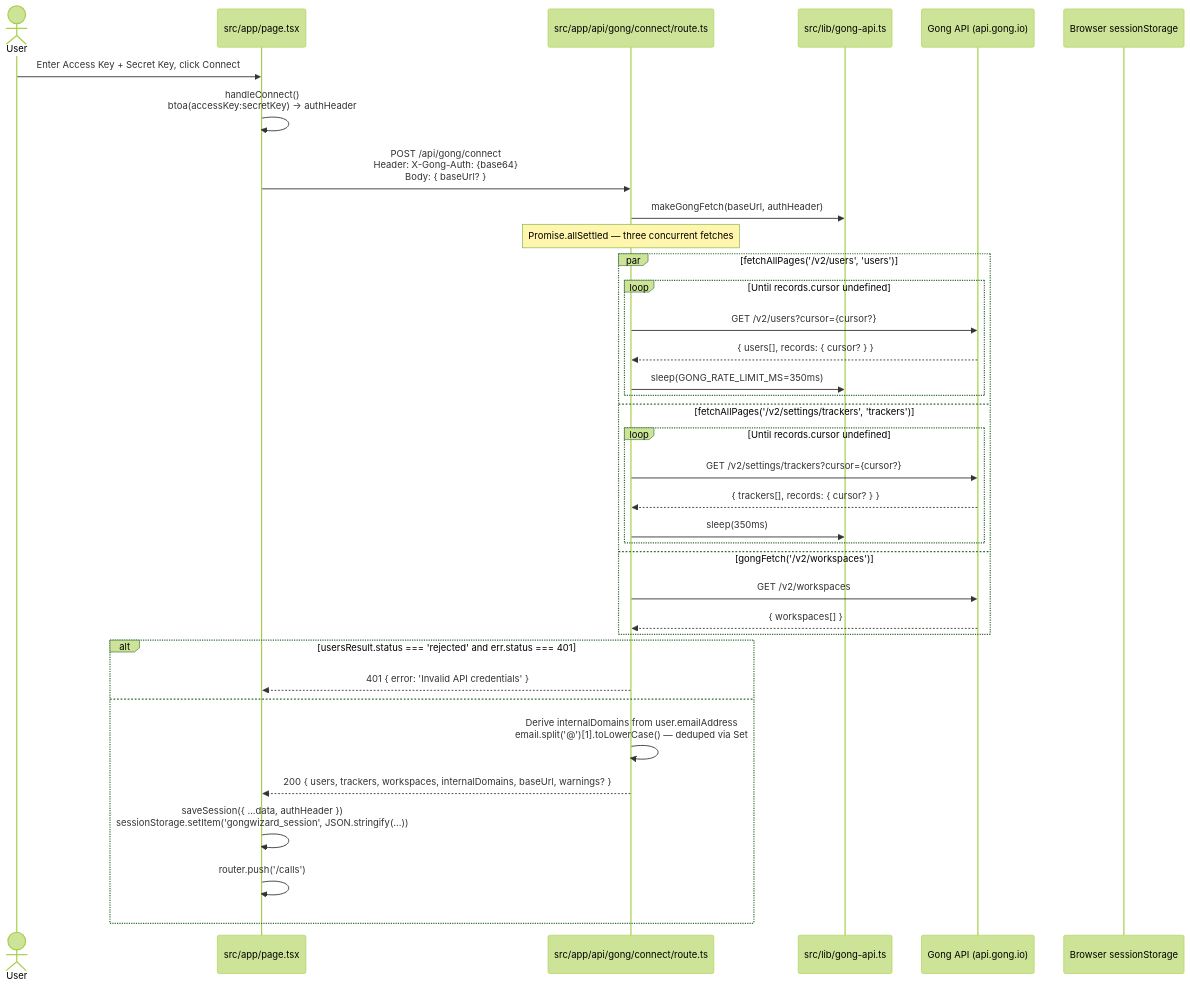
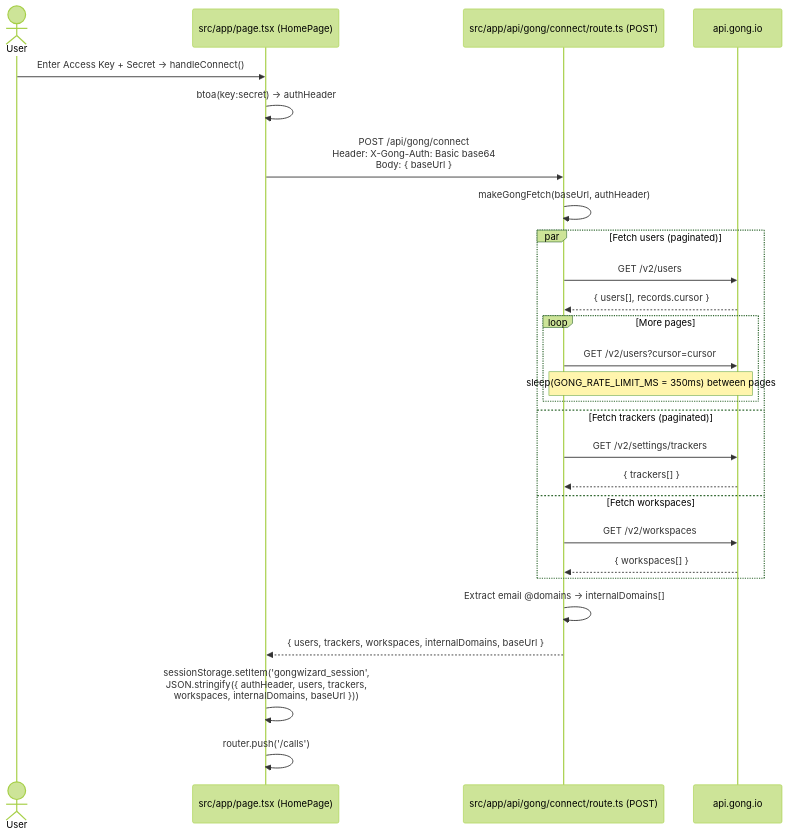
Before and after one commit to forrestmill-cmd/gongwizard: the second of 5 diagrams in docs/generated/data-flows.md, drawn with Mermaid (forest theme). The commit also changed other lines of this file and 5 other files, not shown here.

````diff
--- a/docs/generated/data-flows.md
+++ b/docs/generated/data-flows.md
@@ -65,42 +54,34 @@
 ```mermaid
 sequenceDiagram
     actor User
-    participant ConnectPage as src/app/page.tsx
-    participant ConnectRoute as src/app/api/gong/connect/route.ts
-    participant GongLib as src/lib/gong-api.ts
-    participant GongAPI as Gong API (api.gong.io)
-    participant SessionStorage as Browser sessionStorage
+    participant ConnectPage as src/app/page.tsx (HomePage)
+    participant ConnectRoute as src/app/api/gong/connect/route.ts (POST)
+    participant GongAPI as api.gong.io
 
-    User->>ConnectPage: Enter Access Key + Secret Key, click Connect
-    ConnectPage->>ConnectPage: handleConnect()<br/>btoa(accessKey:secretKey) → authHeader
-    ConnectPage->>ConnectRoute: POST /api/gong/connect<br/>Header: X-Gong-Auth: {base64}<br/>Body: { baseUrl? }
+    User->>ConnectPage: Enter Access Key + Secret → handleConnect()
+    ConnectPage->>ConnectPage: btoa(key:secret) → authHeader
+    ConnectPage->>ConnectRoute: POST /api/gong/connect<br/>Header: X-Gong-Auth: Basic base64<br/>Body: { baseUrl }
 
-    ConnectRoute->>GongLib: makeGongFetch(baseUrl, authHeader)
-    Note over ConnectRoute: Promise.allSettled — three concurrent fetches
+    ConnectRoute->>ConnectRoute: makeGongFetch(baseUrl, authHeader)
 
-    par fetchAllPages('/v2/users', 'users')
-        loop Until records.cursor undefined
-            ConnectRoute->>GongAPI: GET /v2/users?cursor={cursor?}
-            GongAPI-->>ConnectRoute: { users[], records: { cursor? } }
-            ConnectRoute->>GongLib: sleep(GONG_RATE_LIMIT_MS=350ms)
+    par Fetch users (paginated)
+        ConnectRoute->>GongAPI: GET /v2/users
+        GongAPI-->>ConnectRoute: { users[], records.cursor }
+        loop More pages
+            ConnectRoute->>GongAPI: GET /v2/users?cursor=cursor
+            Note over ConnectRoute,GongAPI: sleep(GONG_RATE_LIMIT_MS = 350ms) between pages
         end
-    and fetchAllPages('/v2/settings/trackers', 'trackers')
-        loop Until records.cursor undefined
-            ConnectRoute->>GongAPI: GET /v2/settings/trackers?cursor={cursor?}
-            GongAPI-->>ConnectRoute: { trackers[], records: { cursor? } }
-            ConnectRoute->>GongLib: sleep(350ms)
-        end
-    and gongFetch('/v2/workspaces')
+    and Fetch trackers (paginated)
+        ConnectRoute->>GongAPI: GET /v2/settings/trackers
+        GongAPI-->>ConnectRoute: { trackers[] }
+    and Fetch workspaces
         ConnectRoute->>GongAPI: GET /v2/workspaces
         GongAPI-->>ConnectRoute: { workspaces[] }
     end
 
-    alt usersResult.status === 'rejected' and err.status === 401
-        ConnectRoute-->>ConnectPage: 401 { error: 'Invalid API credentials' }
-    else
-        ConnectRoute->>ConnectRoute: Derive internalDomains from user.emailAddress<br/>email.split('@')[1].toLowerCase() — deduped via Set
-        ConnectRoute-->>ConnectPage: 200 { users, trackers, workspaces, internalDomains, baseUrl, warnings? }
-        ConnectPage->>ConnectPage: saveSession({ ...data, authHeader })<br/>sessionStorage.setItem('gongwizard_session', JSON.stringify(...))
-        ConnectPage->>ConnectPage: router.push('/calls')
-    end
+    ConnectRoute->>ConnectRoute: Extract email @domains → internalDomains[]
+    ConnectRoute-->>ConnectPage: { users, trackers, workspaces, internalDomains, baseUrl }
+
+    ConnectPage->>ConnectPage: sessionStorage.setItem('gongwizard_session',<br/>JSON.stringify({ authHeader, users, trackers,<br/>workspaces, internalDomains, baseUrl }))
+    ConnectPage->>ConnectPage: router.push('/calls')
 ```
````
